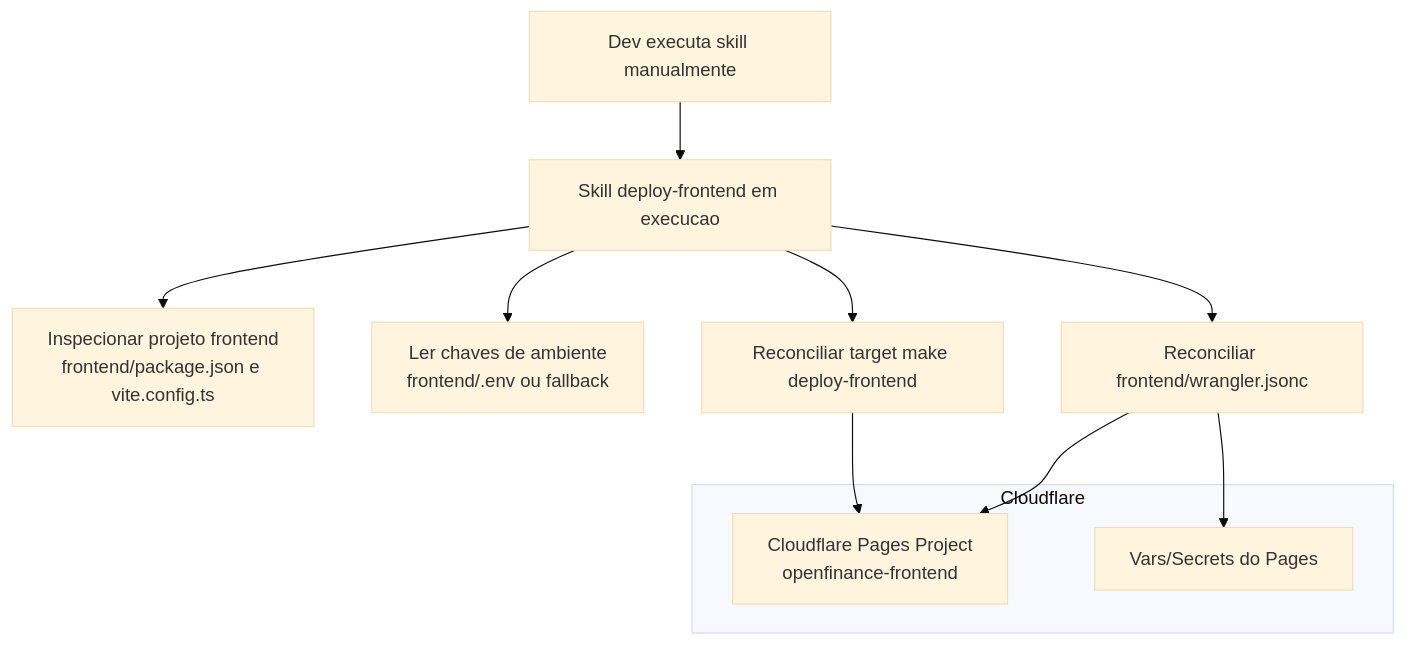
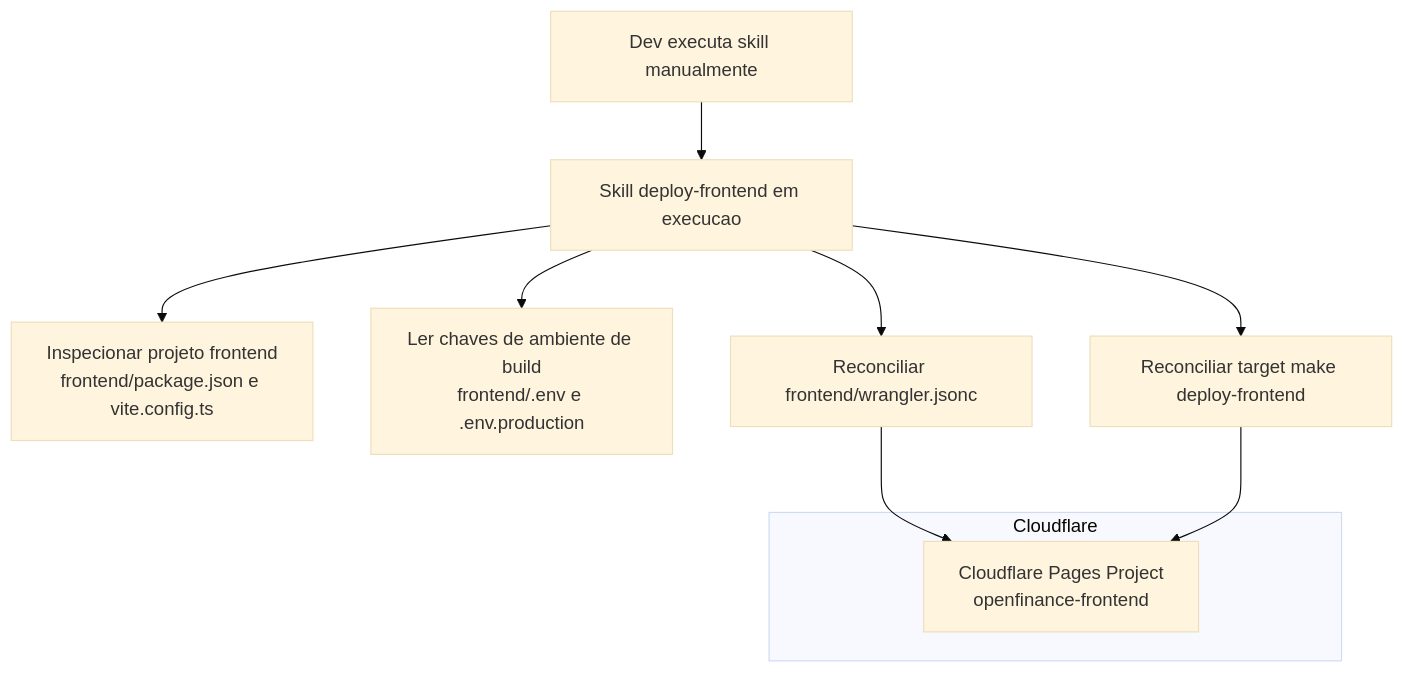
The diagram in agent-docs/skills/deploy-frontend/SKILL.md (mtuliomk/openfinance), drawn with Mermaid (base theme) before and after one commit. The commit also changed other lines of this file and 16 other files, not shown here.

Commit message:
fix(deploy): align pages/proxy env and lambda function-url routing

````diff
--- a/agent-docs/skills/deploy-frontend/SKILL.md
+++ b/agent-docs/skills/deploy-frontend/SKILL.md
@@ -18,17 +18,15 @@
 ```mermaid
 flowchart TD
     A[Dev executa skill manualmente] --> N[Skill deploy-frontend em execucao]
     N --> O[Inspecionar projeto frontend\nfrontend/package.json e vite.config.ts]
-    N --> P[Ler chaves de ambiente\nfrontend/.env ou fallback]
+    N --> P[Ler chaves de ambiente de build\nfrontend/.env e .env.production]
     N --> Q[Reconciliar frontend/wrangler.jsonc]
     N --> R[Reconciliar target make deploy-frontend]
 
     subgraph CF[Cloudflare]
       W[Cloudflare Pages Project\nopenfinance-frontend]
-      V[Vars/Secrets do Pages]
     end
 
     Q --> W
-    Q --> V
     R --> W
 ```
````
